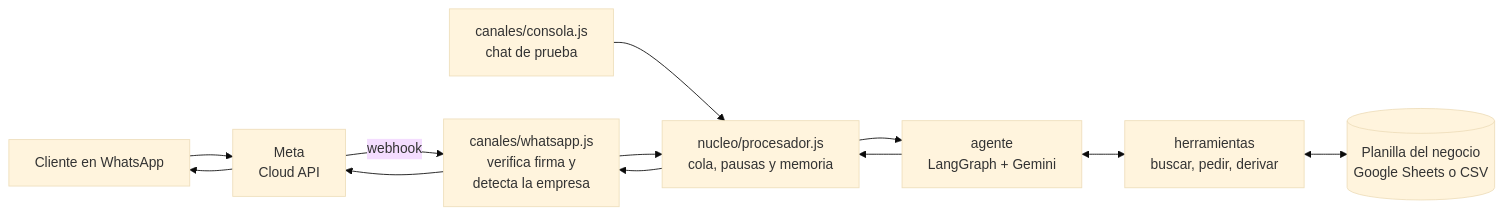
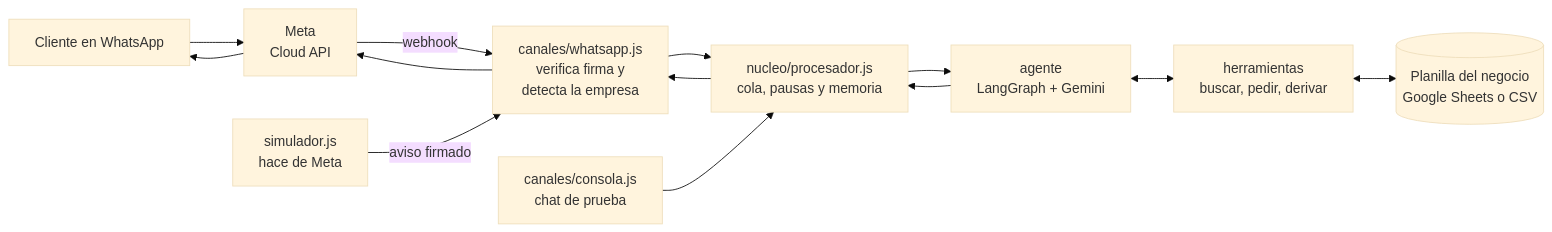
Before and after one commit to solmirandaayelen17-sudo/bot-whatsapp-ia: the diagram in README.md, drawn with Mermaid (base theme). The commit also changed other lines of this file and 6 other files, not shown here.

````diff
--- a/README.md
+++ b/README.md
@@ -68,11 +69,12 @@
 ```mermaid
 flowchart LR
     C[Cliente en WhatsApp] --> M[Meta<br/>Cloud API]
     M -->|webhook| W[canales/whatsapp.js<br/>verifica firma y<br/>detecta la empresa]
     T[canales/consola.js<br/>chat de prueba] --> P
+    S[simulador.js<br/>hace de Meta] -->|aviso firmado| W
     W --> P[nucleo/procesador.js<br/>cola, pausas y memoria]
     P --> A[agente<br/>LangGraph + Gemini]
     A <--> H[herramientas<br/>buscar, pedir, derivar]
     H <--> D[(Planilla del negocio<br/>Google Sheets o CSV)]
     A --> P --> W --> M --> C
 ```
````
